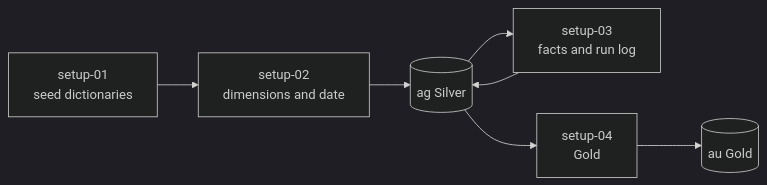
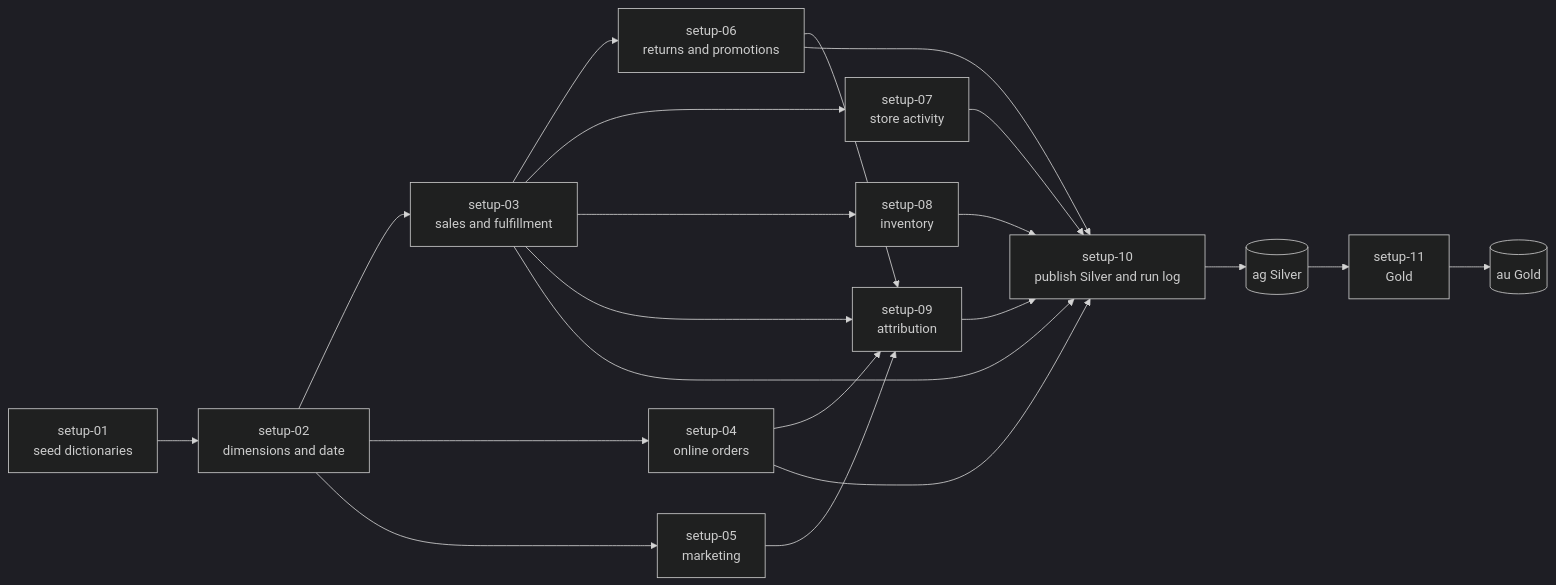
The second of 5 diagrams in docs/design/architecture/data-flow.md (amattas/retail-demo), drawn with Mermaid (dark theme) before and after one commit. The commit also changed 69 other files, not shown here.

First line of the commit message:
perf(setup): generate facts as a parallel notebook pipeline

````diff
--- a/docs/design/architecture/data-flow.md
+++ b/docs/design/architecture/data-flow.md
@@ -27,13 +27,23 @@
 ```mermaid
 flowchart LR
     D[setup-01<br/>seed dictionaries]
     M[setup-02<br/>dimensions and date]
-    F[setup-03<br/>facts and run log]
-    G[setup-04<br/>Gold]
+    S[setup-03<br/>sales and fulfillment]
+    O[setup-04<br/>online orders]
+    K[setup-05<br/>marketing]
+    R[setup-06<br/>returns and promotions]
+    A[setup-07<br/>store activity]
+    I[setup-08<br/>inventory]
+    T[setup-09<br/>attribution]
+    P[setup-10<br/>publish Silver and run log]
+    G[setup-11<br/>Gold]
     Silver[(ag Silver)]
     Gold[(au Gold)]
 
-    D --> M --> Silver
-    Silver --> F --> Silver
+    D --> M
+    M --> S & O & K
+    S --> R & A & I
+    S & O & K & R --> T
+    S & O & R & A & I & T --> P --> Silver
     Silver --> G --> Gold
 ```
````
